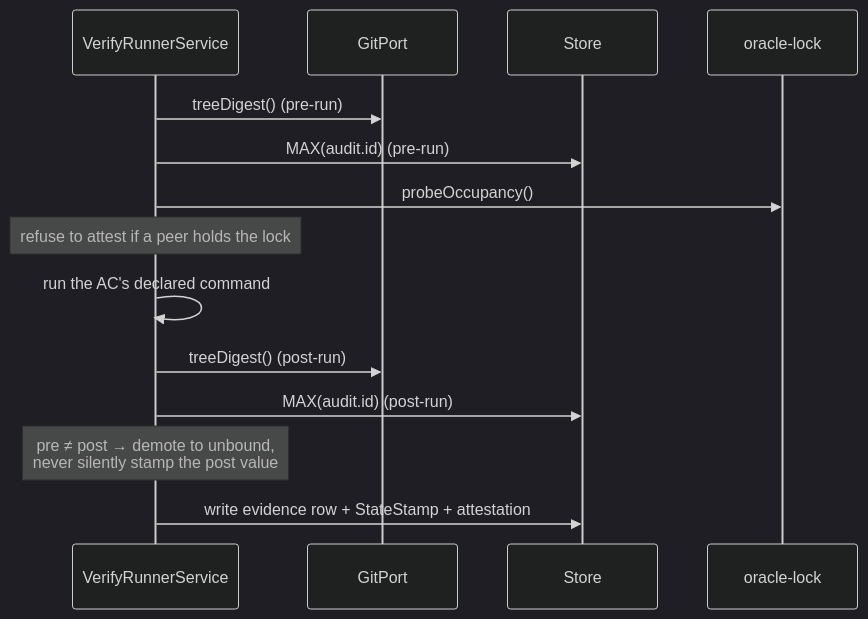
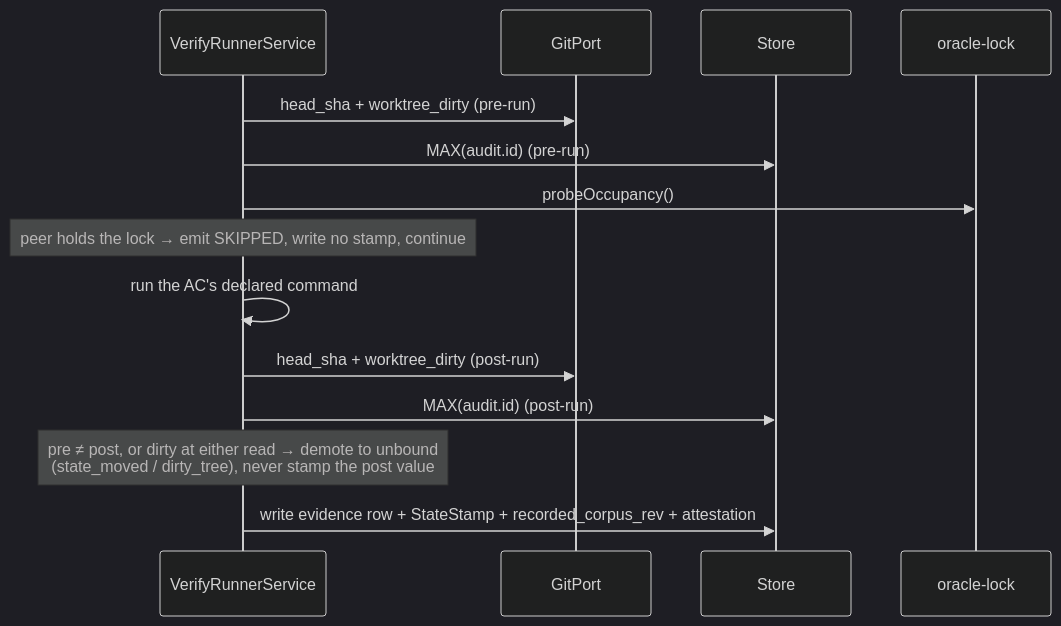
One commit to daniel1zz/lore changed the second of 2 diagrams in docs/requirements/spec/SPEC-143-corpus-truthfulness-a-verdict-must-carry-the-state.md. Above: the diagram before and after it, drawn with Mermaid (dark theme). The commit also changed other lines of this file and 47 other files, not shown here.

````diff
--- a/docs/requirements/spec/SPEC-143-corpus-truthfulness-a-verdict-must-carry-the-state.md
+++ b/docs/requirements/spec/SPEC-143-corpus-truthfulness-a-verdict-must-carry-the-state.md
@@ -216,16 +213,16 @@
 ```mermaid
 sequenceDiagram
   participant V as VerifyRunnerService
   participant G as GitPort
   participant S as Store
   participant O as oracle-lock
-  V->>G: treeDigest()  (pre-run)
+  V->>G: head_sha + worktree_dirty  (pre-run)
   V->>S: MAX(audit.id)  (pre-run)
   V->>O: probeOccupancy()
-  Note over V: refuse to attest if a peer holds the lock
+  Note over V: peer holds the lock → emit SKIPPED, write no stamp, continue
   V->>V: run the AC's declared command
-  V->>G: treeDigest()  (post-run)
+  V->>G: head_sha + worktree_dirty  (post-run)
   V->>S: MAX(audit.id)  (post-run)
-  Note over V: pre ≠ post → demote to unbound,<br/>never silently stamp the post value
-  V->>S: write evidence row + StateStamp + attestation
+  Note over V: pre ≠ post, or dirty at either read → demote to unbound<br/>(state_moved / dirty_tree), never stamp the post value
+  V->>S: write evidence row + StateStamp + recorded_corpus_rev + attestation
 ```
````
